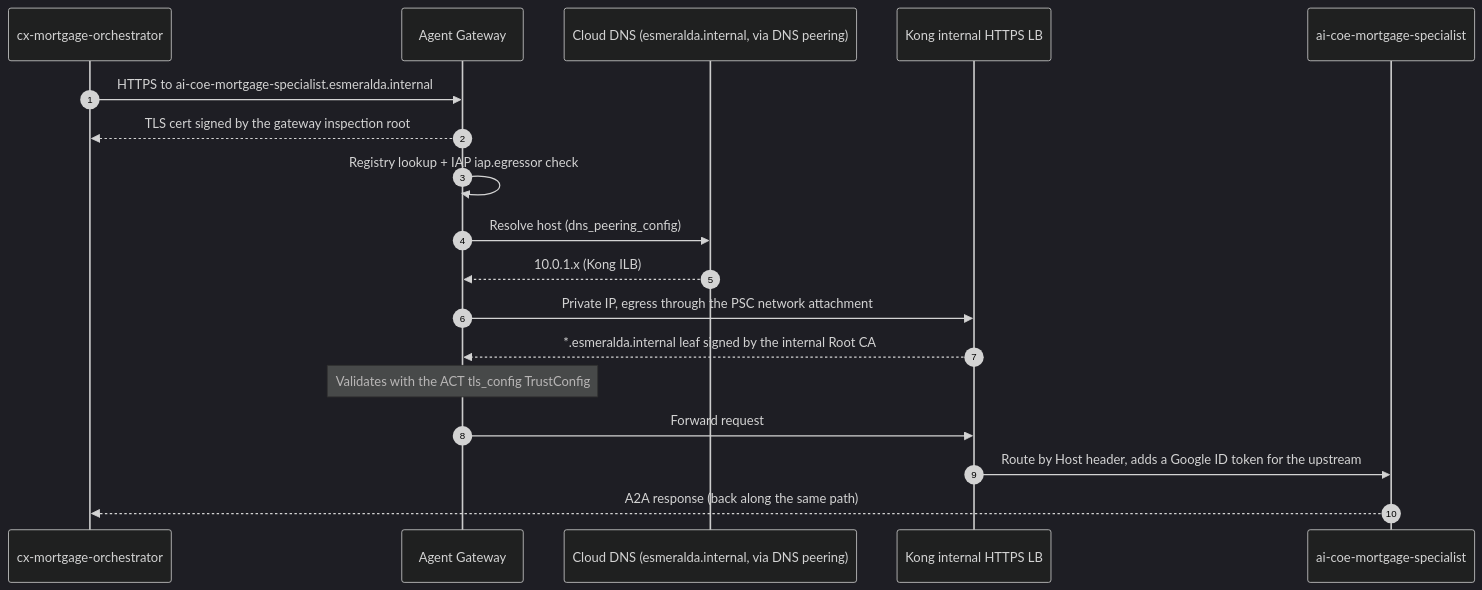
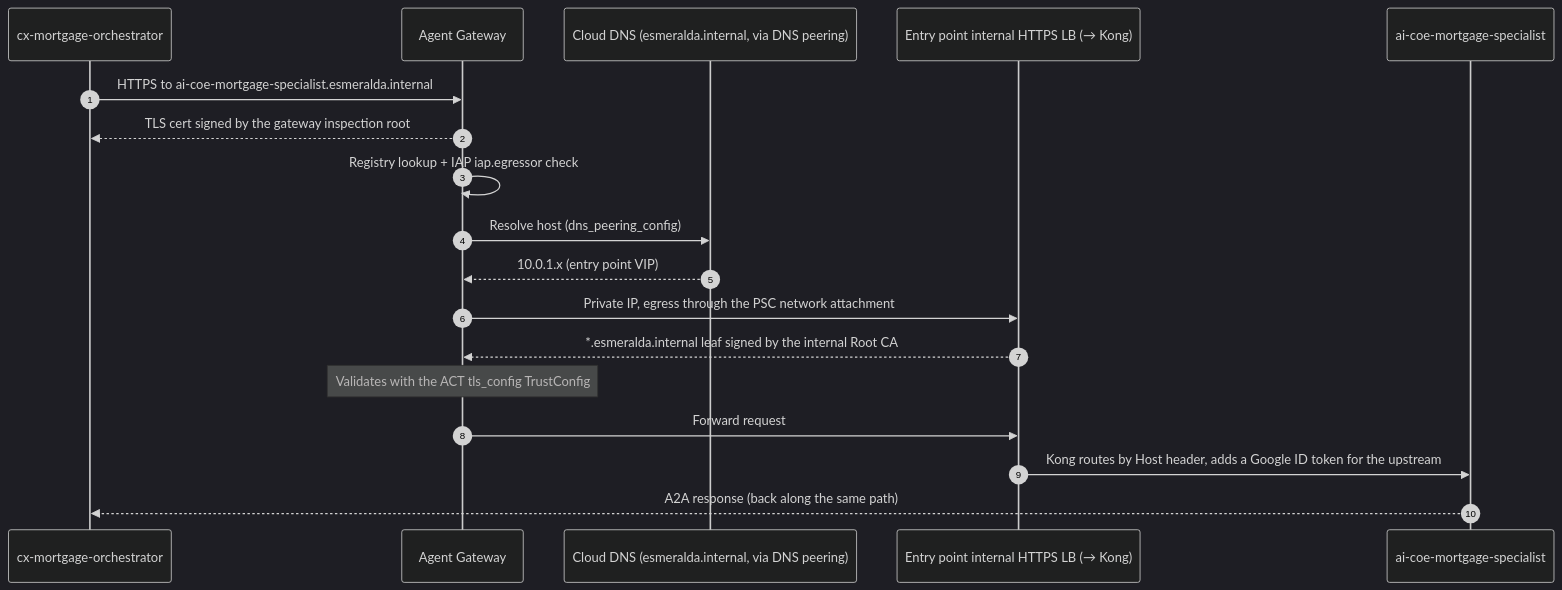
One commit to google/esmeralda changed the third of 4 diagrams in docs/src/3-agentops-and-lifecycle/01-central-agent-gateway.md. Above: the diagram before and after it, drawn with Mermaid (dark theme). The commit also changed other lines of this file and 10 other files, not shown here.

First line of the commit message:
docs: describe the entry point, the gateway contract and host-by-host migration

````diff
--- a/docs/src/3-agentops-and-lifecycle/01-central-agent-gateway.md
+++ b/docs/src/3-agentops-and-lifecycle/01-central-agent-gateway.md
@@ -306,21 +307,21 @@
 ```mermaid
 sequenceDiagram
     autonumber
     participant O as cx-mortgage-orchestrator
     participant G as Agent Gateway
     participant D as Cloud DNS (esmeralda.internal, via DNS peering)
-    participant K as Kong internal HTTPS LB
+    participant K as Entry point internal HTTPS LB (→ Kong)
     participant S as ai-coe-mortgage-specialist
 
     O->>G: HTTPS to ai-coe-mortgage-specialist.esmeralda.internal
     G-->>O: TLS cert signed by the gateway inspection root
     G->>G: Registry lookup + IAP iap.egressor check
     G->>D: Resolve host (dns_peering_config)
-    D-->>G: 10.0.1.x (Kong ILB)
+    D-->>G: 10.0.1.x (entry point VIP)
     G->>K: Private IP, egress through the PSC network attachment
     K-->>G: *.esmeralda.internal leaf signed by the internal Root CA
     Note over G: Validates with the ACT tls_config TrustConfig
     G->>K: Forward request
-    K->>S: Route by Host header, adds a Google ID token for the upstream
+    K->>S: Kong routes by Host header, adds a Google ID token for the upstream
     S-->>O: A2A response (back along the same path)
 ```
````
